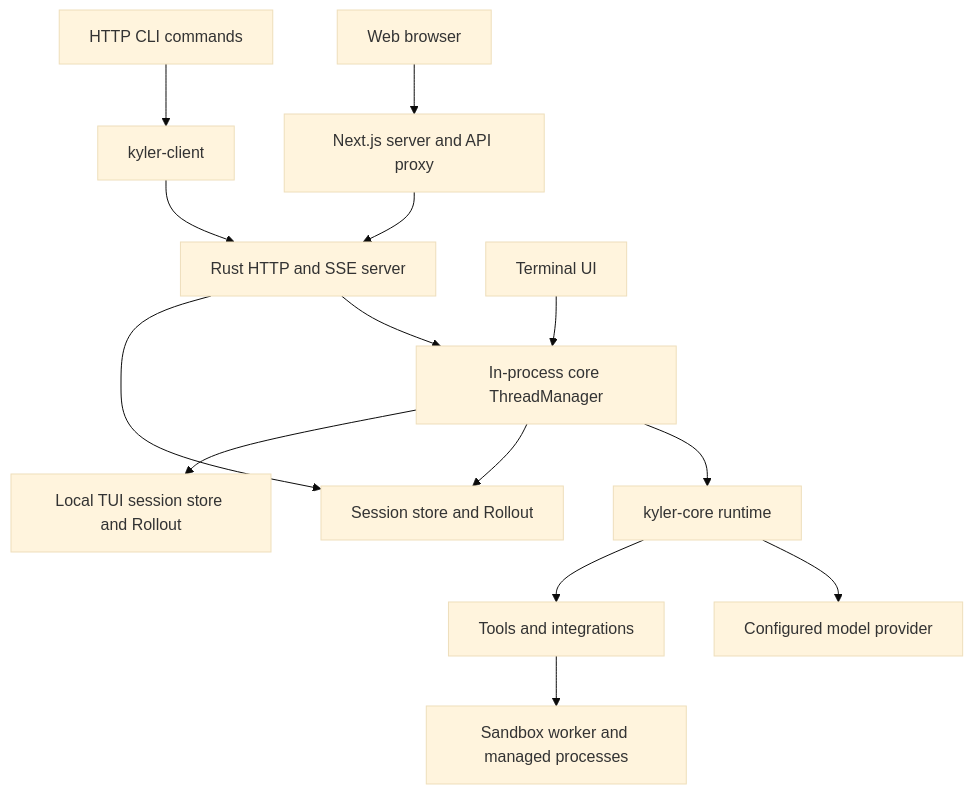
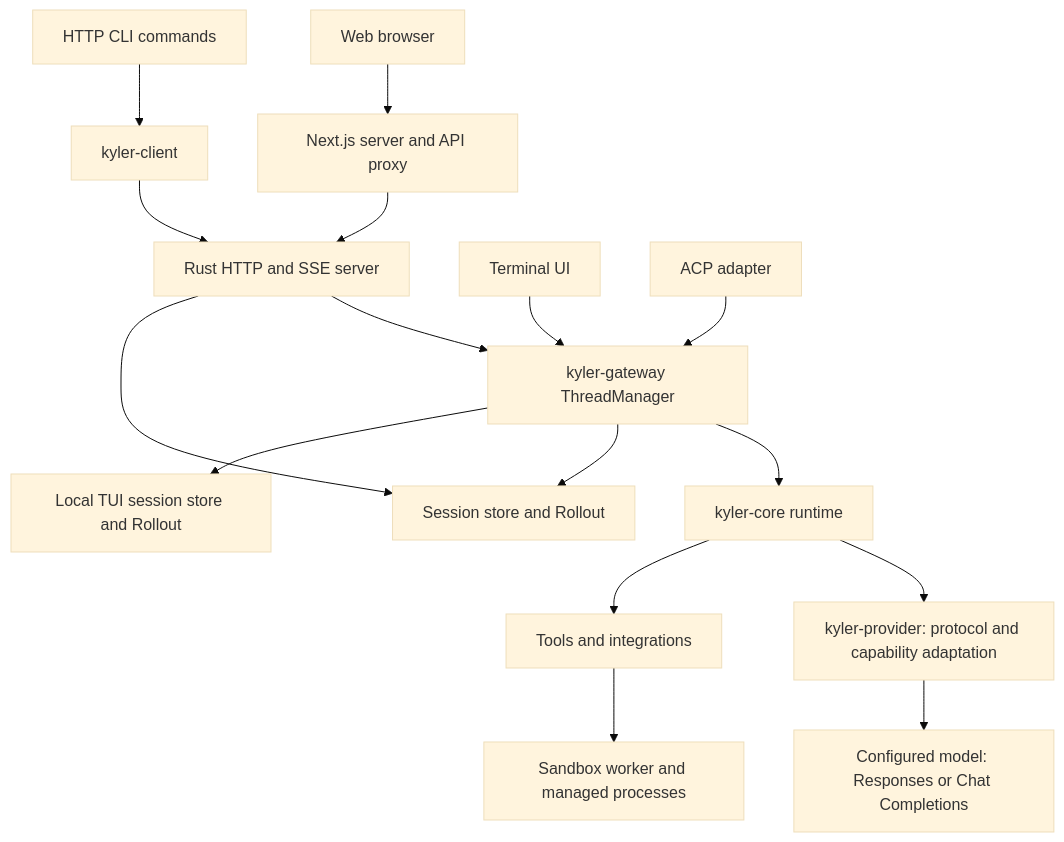
The diagram in docs/architecture.md (yeskyler/Kyler), drawn with Mermaid (base theme) before and after one commit. The commit also changed other lines of this file and 169 other files, not shown here.

First line of the commit message:
feat: extract session gateway and add Responses transport

````diff
--- a/docs/architecture.md
+++ b/docs/architecture.md
@@ -12,17 +12,19 @@
 ```mermaid
 flowchart TD
     Browser[Web browser] --> Next[Next.js server and API proxy]
     Next --> Server[Rust HTTP and SSE server]
     CLI[HTTP CLI commands] --> Client[kyler-client]
-    TUI[Terminal UI] --> Threads[In-process core ThreadManager]
+    TUI[Terminal UI] --> Threads[kyler-gateway ThreadManager]
+    ACP[ACP adapter] --> Threads
     Threads --> Runtime
     Client --> Server
     Server --> Threads
     Runtime[kyler-core runtime]
-    Runtime --> Model[Configured model provider]
+    Runtime --> Provider[kyler-provider: protocol and capability adaptation]
+    Provider --> Model[Configured model: Responses or Chat Completions]
     Runtime --> Tools[Tools and integrations]
     Tools --> Worker[Sandbox worker and managed processes]
     Server --> Store[Session store and Rollout]
     Threads --> Store
     Threads --> LocalStore[Local TUI session store and Rollout]
 ```
````
